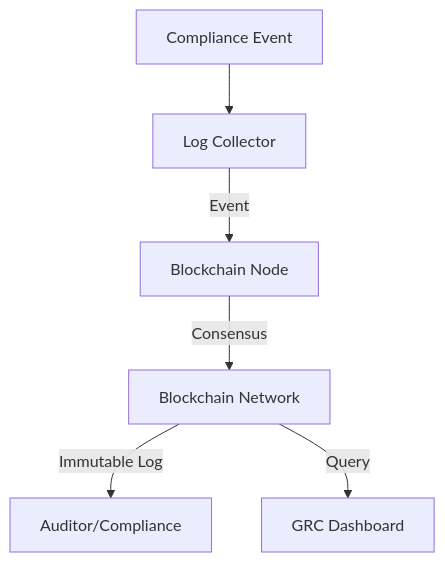
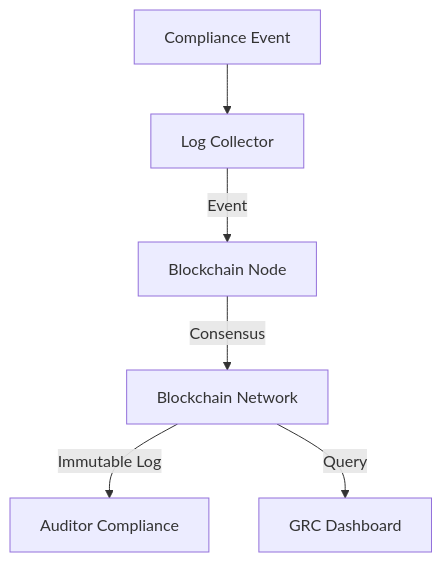
One commit to TheHaywire/special-waffle changed the second of 2 diagrams in docs/architecture/grc.md. Above: the diagram before and after it, drawn with Mermaid. The commit also changed other lines of this file and 9 other files, not shown here.

Commit message:
fix(docs): systematically fix all Mermaid diagrams for compatibility and clarity across architecture and industry guides

````diff
--- a/docs/architecture/grc.md
+++ b/docs/architecture/grc.md
@@ -34,8 +34,8 @@
 ```mermaid
 flowchart TD
     A[Compliance Event] --> B[Log Collector]
     B -->|Event| C[Blockchain Node]
     C -->|Consensus| D[Blockchain Network]
-    D -->|Immutable Log| E[Auditor/Compliance]
+    D -->|Immutable Log| E[Auditor Compliance]
     D -->|Query| F[GRC Dashboard]
 ```
````
